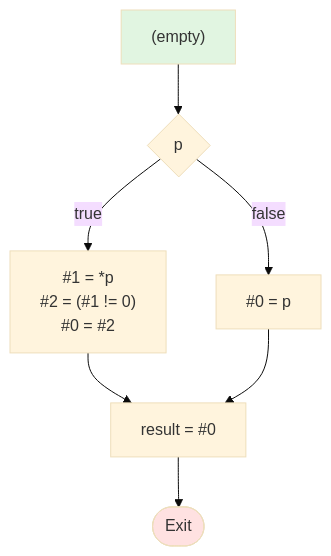
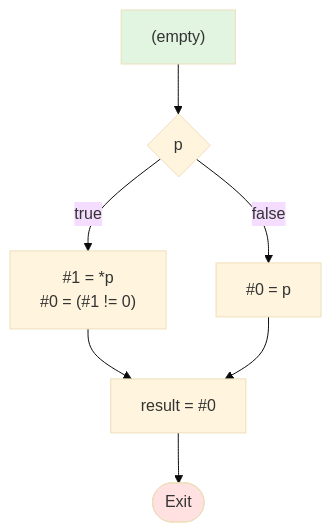
One commit to cny123222/Control-Flow-Graph-Generation-for-WhileD-Language changed the diagram in mermaid_outputs/test3_shortcircuit_and.md. Above: the diagram before and after it, drawn with Mermaid (base theme). The commit also changed other lines of this file and 2 other files, not shown here.

````diff
--- a/mermaid_outputs/test3_shortcircuit_and.md
+++ b/mermaid_outputs/test3_shortcircuit_and.md
@@ -7,18 +7,18 @@
 ```mermaid
 flowchart TD
     B0["(empty)"]
     C0{p}
-    B1["#1 = *p<br/>#2 = (#1 != 0)<br/>#0 = #2"]
+    B1["#1 = *p<br/>#0 = (#1 != 0)"]
     B2["#0 = p"]
     B3["result = #0"]
 
     B0 --> C0
     C0 -->|false| B2
     C0 -->|true| B1
     B1 --> B3
     B2 --> B3
     B3 --> Exit([Exit])
 
     style B0 fill:#e1f5e1
     style Exit fill:#ffe1e1
 ```
````
